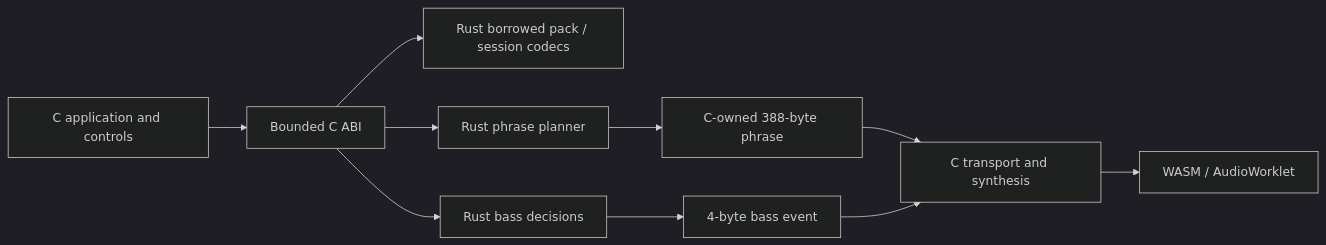
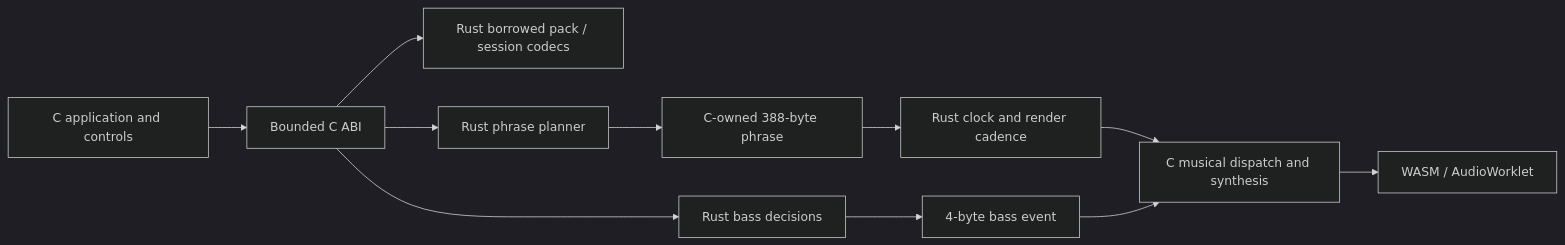
Before and after one commit to superposition/91: the second of 2 diagrams in docs/RUST_MIGRATION.md, drawn with Mermaid (dark theme). The commit also changed other lines of this file, not shown here.

Commit message:
Document integrated clock and Songbook handoff architecture

````diff
--- a/docs/RUST_MIGRATION.md
+++ b/docs/RUST_MIGRATION.md
@@ -95,12 +98,13 @@
 ```mermaid
 flowchart LR
   UI[C application and controls] --> ABI[Bounded C ABI]
   ABI --> Pack[Rust borrowed pack / session codecs]
   ABI --> Plan[Rust phrase planner]
   ABI --> Bass[Rust bass decisions]
   Plan --> Phrase[C-owned 388-byte phrase]
   Bass --> Event[4-byte bass event]
-  Phrase --> DSP[C transport and synthesis]
+  Phrase --> Timing[Rust clock and render cadence]
+  Timing --> DSP[C musical dispatch and synthesis]
   Event --> DSP
   DSP --> WASM[WASM / AudioWorklet]
 ```
````
